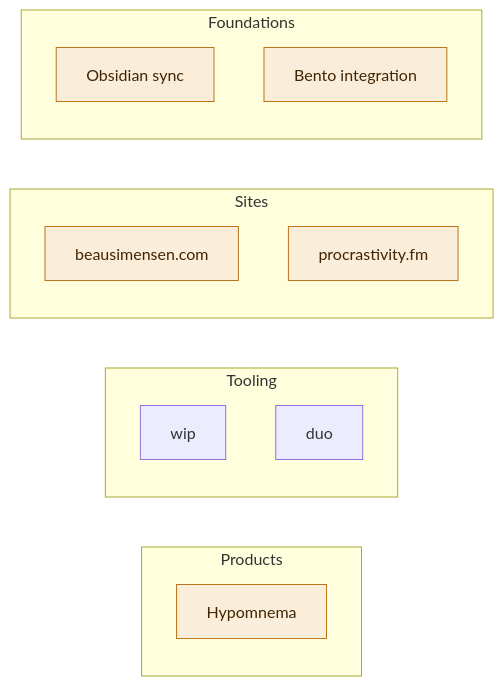
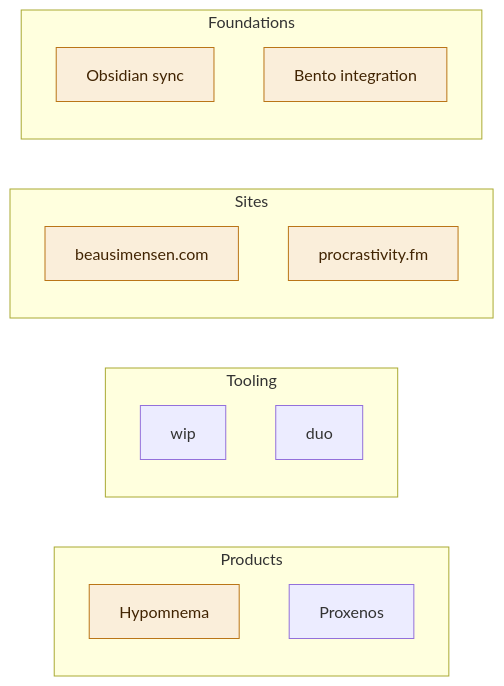
One commit to simensen/beausimensen-com-content changed the diagram in pages/now.md. Above: the diagram before and after it, drawn with Mermaid.

Commit message:
sync 2026-08-15T13:12:29Z

````diff
--- a/pages/now.md
+++ b/pages/now.md
@@ -12,27 +12,27 @@
 ```mermaid
 flowchart LR
     subgraph Products
         hypomnema[Hypomnema]
-        hypomnema[Hypomnema]
+        proxenos[Proxenos]
     end
 
     subgraph Tooling
         wip[wip]
         duo[duo]
     end
 
     subgraph Sites
         beausimensen[beausimensen.com]
         procrastivity[procrastivity.fm]
     end
 
     subgraph Foundations
         sync[Obsidian sync]
         bento[Bento integration]
     end
 
     classDef shipped fill:#EAF3DE,stroke:#639922,color:#173404
     classDef active fill:#FAEEDA,stroke:#BA7517,color:#412402
     class gethmn shipped
     class beausimensen,procrastivity,hypomnema,sync,bento active
 ```
````
